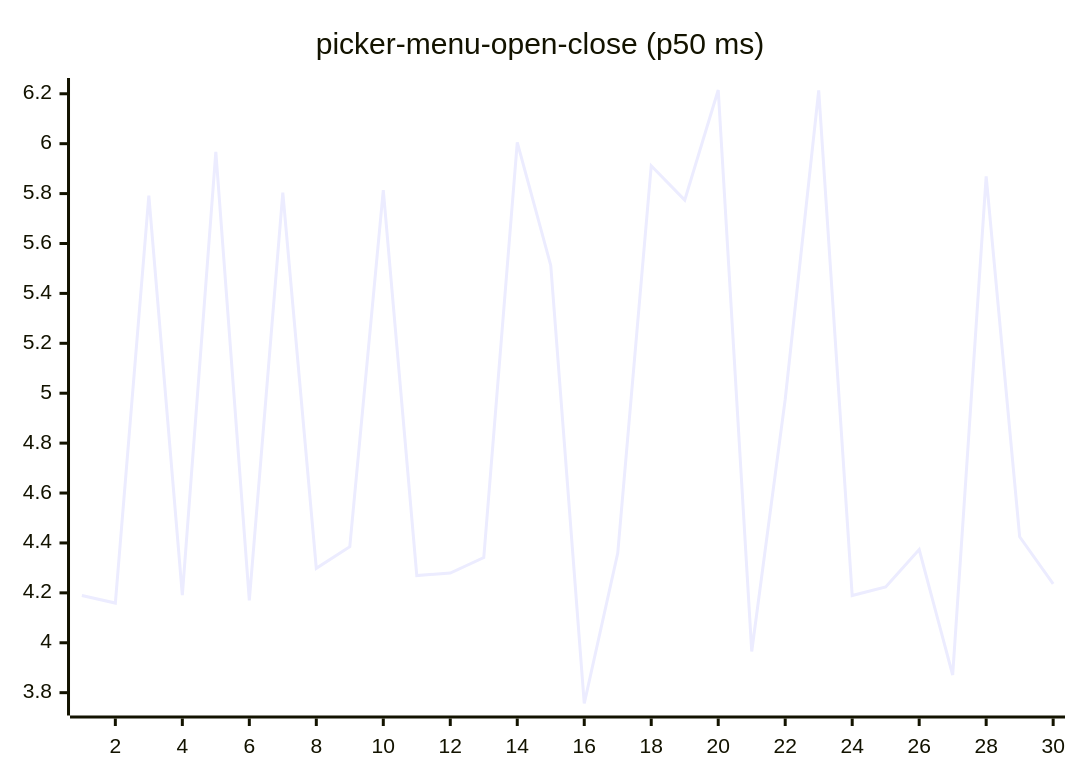
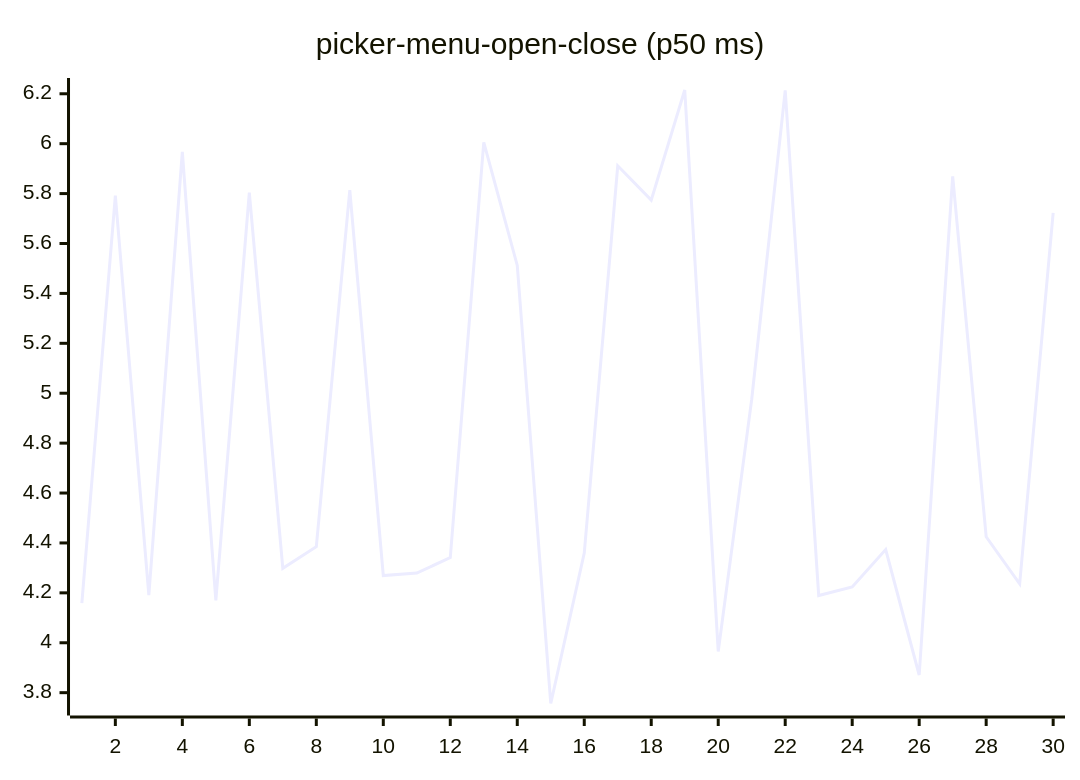
Diagram 16 of 27 in README.md (josha/Facet), drawn with Mermaid before and after one commit. The commit also changed other lines of this file and 2 other files, not shown here.

````diff
--- a/README.md
+++ b/README.md
@@ -168,6 +168,6 @@
 ```mermaid
 xychart-beta
     title "picker-menu-open-close (p50 ms)"
     x-axis 1 --> 30
-    line [4.1897, 4.1591, 5.7919, 4.1912, 5.9674, 4.1698, 5.8037, 4.2981, 4.3851, 5.8139, 4.2694, 4.2792, 4.3416, 6.0052, 5.5122, 3.7566, 4.3593, 5.9114, 5.7740, 6.2151, 3.9652, 4.9760, 6.2132, 4.1891, 4.2236, 4.3733, 3.8708, 5.8694, 4.4248, 4.2362]
+    line [4.1591, 5.7919, 4.1912, 5.9674, 4.1698, 5.8037, 4.2981, 4.3851, 5.8139, 4.2694, 4.2792, 4.3416, 6.0052, 5.5122, 3.7566, 4.3593, 5.9114, 5.7740, 6.2151, 3.9652, 4.9760, 6.2132, 4.1891, 4.2236, 4.3733, 3.8708, 5.8694, 4.4248, 4.2362, 5.7230]
 ```
````
